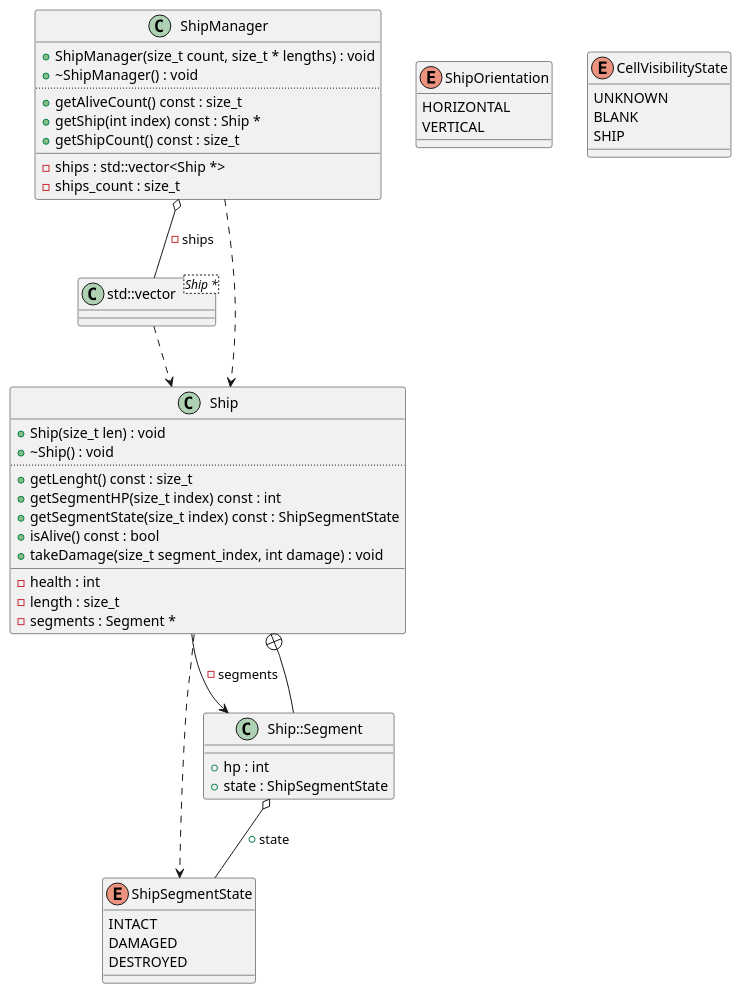
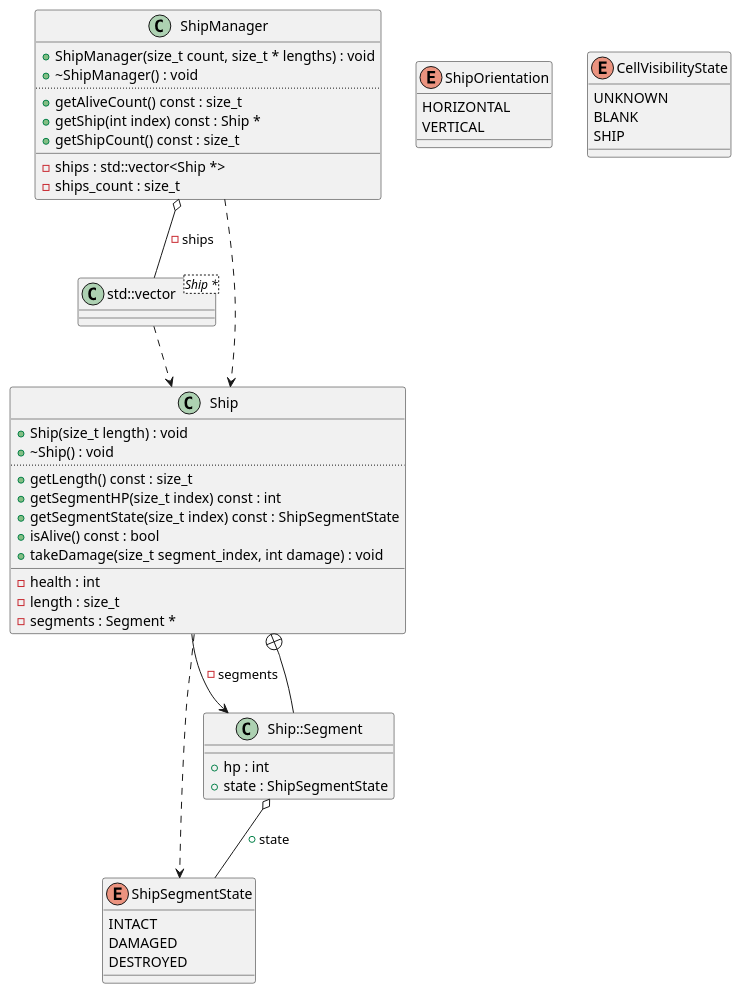
Before and after one commit to Rennelv/ships: the diagram in diagrams/ShipManager.puml, drawn with PlantUML. The commit also changed 24 other files, not shown here.

```diff
--- a/diagrams/ShipManager.puml
+++ b/diagrams/ShipManager.puml
@@ -1,66 +1,66 @@
 @startuml
 class "std::vector<Ship *>" as C_0007462257846685508834
 class C_0007462257846685508834 {
 __
 }
 enum "ShipSegmentState" as C_0014256742677139282670
 enum C_0014256742677139282670 {
 INTACT
 DAMAGED
 DESTROYED
 }
 enum "ShipOrientation" as C_0002579181642537833876
 enum C_0002579181642537833876 {
 HORIZONTAL
 VERTICAL
 }
 enum "CellVisibilityState" as C_0003333043679234439357
 enum C_0003333043679234439357 {
 UNKNOWN
 BLANK
 SHIP
 }
 class "Ship" as C_0014529657433315016423
 class C_0014529657433315016423 {
-+Ship(size_t len) : void
++Ship(size_t length) : void
 +~Ship() : void
 ..
-+getLenght() const : size_t
++getLength() const : size_t
 +getSegmentHP(size_t index) const : int
 +getSegmentState(size_t index) const : ShipSegmentState
 +isAlive() const : bool
 +takeDamage(size_t segment_index, int damage) : void
 __
 -health : int
 -length : size_t
 -segments : Segment *
 }
 class "Ship::Segment" as C_0000674658759292391449
 class C_0000674658759292391449 {
 __
 +hp : int
 +state : ShipSegmentState
 }
 class "ShipManager" as C_0017499122254539489506
 class C_0017499122254539489506 {
 +ShipManager(size_t count, size_t * lengths) : void
 +~ShipManager() : void
 ..
 +getAliveCount() const : size_t
 +getShip(int index) const : Ship *
 +getShipCount() const : size_t
 __
 -ships : std::vector<Ship *>
 -ships_count : size_t
 }
 C_0007462257846685508834 ..> C_0014529657433315016423
 C_0014529657433315016423 ..> C_0014256742677139282670
 C_0014529657433315016423 --> C_0000674658759292391449 : -segments
 C_0000674658759292391449 --+ C_0014529657433315016423
 C_0000674658759292391449 o-- C_0014256742677139282670 : +state
 C_0017499122254539489506 ..> C_0014529657433315016423
 C_0017499122254539489506 o-- C_0007462257846685508834 : -ships
 
 'Generated with clang-uml, version 0.5.5
 'LLVM version clang version 18.1.8
 @enduml
```
